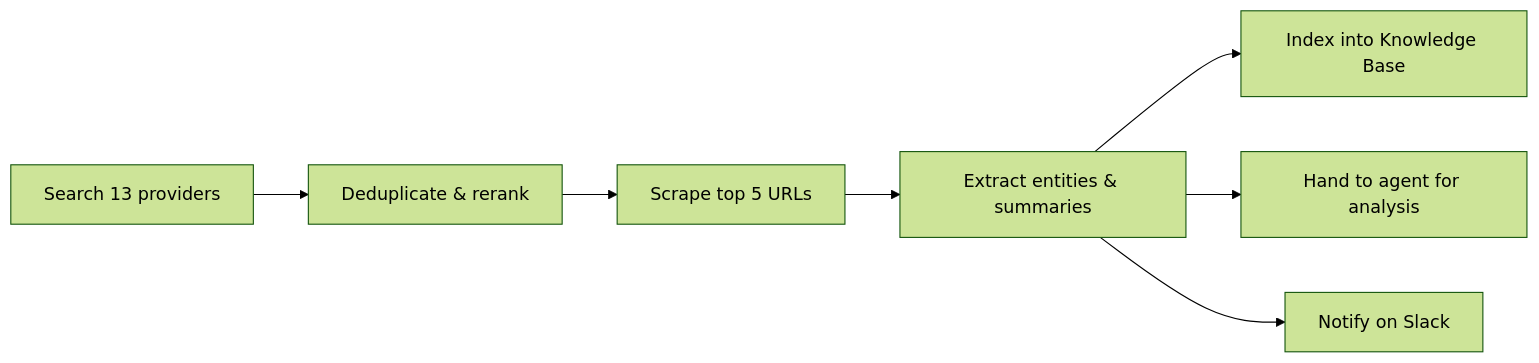
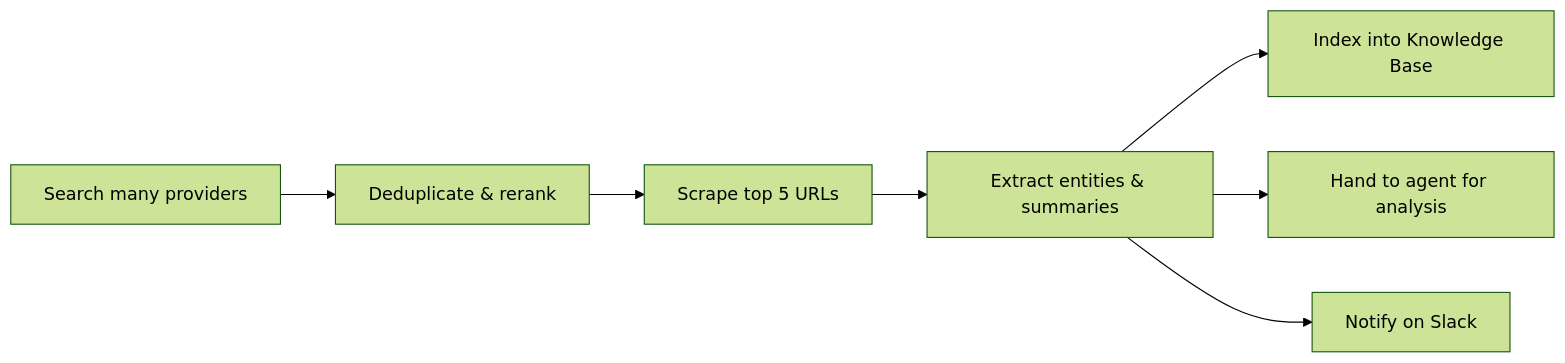
One commit to marmancakbay/mintlify-docs changed the diagram in web-intel/overview.mdx. Above: the diagram before and after it, drawn with Mermaid (forest theme). The commit also changed other lines of this file and 2065 other files, not shown here.

````diff
--- a/web-intel/overview.mdx
+++ b/web-intel/overview.mdx
@@ -37,9 +37,9 @@
 ```mermaid
 flowchart LR
-    Search[Search 13 providers] --> Dedup[Deduplicate & rerank]
+    Search[Search many providers] --> Dedup[Deduplicate & rerank]
     Dedup --> Scrape[Scrape top 5 URLs]
     Scrape --> Extract[Extract entities & summaries]
     Extract --> Vector[Index into Knowledge Base]
     Extract --> Agent[Hand to agent for analysis]
     Extract --> Notify[Notify on Slack]
 ```
````
